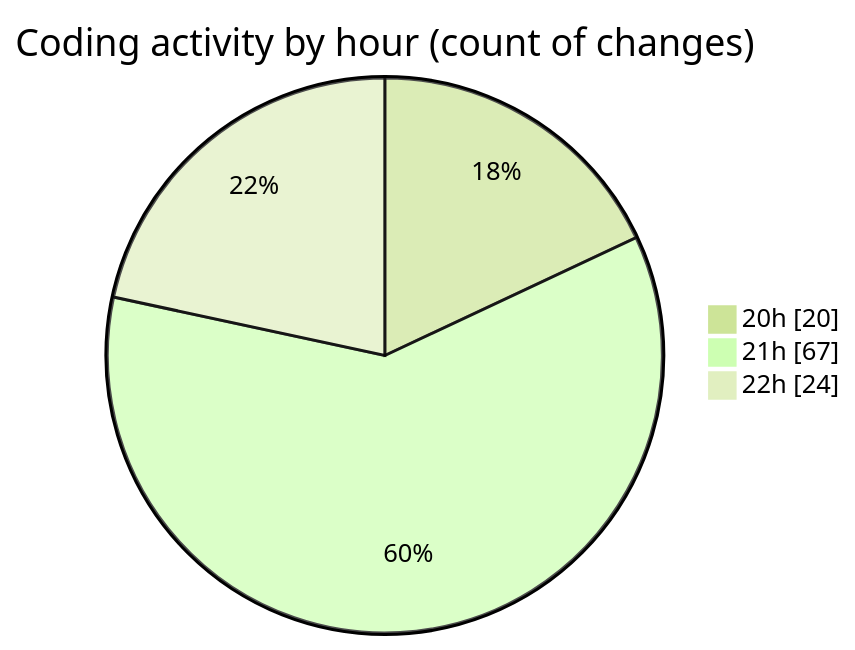
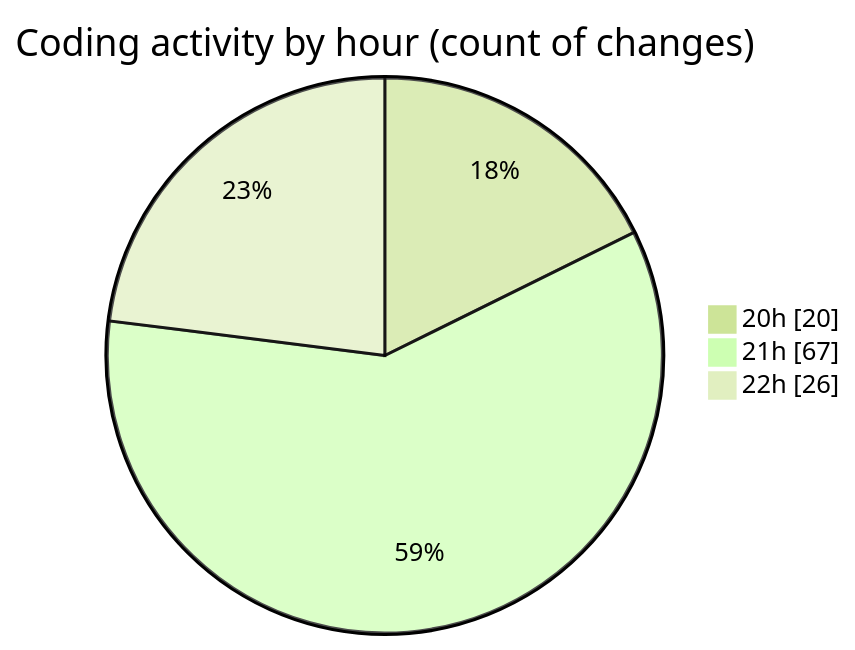
Before and after one commit to lephambinh05/code-tracking: the second of 2 diagrams in 2025-08-19/quytuthien_vn/README.md, drawn with Mermaid (forest theme). The commit also changed other lines of this file and 1 other file, not shown here.

````diff
--- a/2025-08-19/quytuthien_vn/README.md
+++ b/2025-08-19/quytuthien_vn/README.md
@@ -105,7 +107,7 @@
 ```mermaid
 pie showData
 title Coding activity by hour (count of changes)
 "20h" : 20
 "21h" : 67
-"22h" : 24
+"22h" : 26
 ```
````
